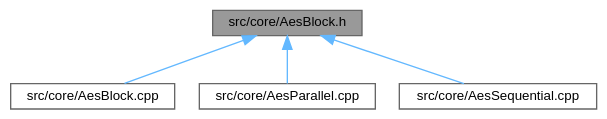
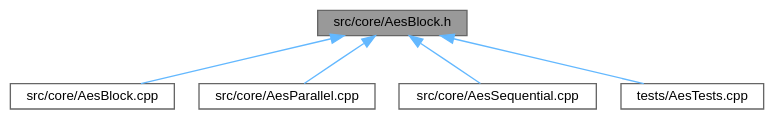
Before and after one commit to wwerniss/aes-encryptor: the diagram in AesBlock_8h__dep__incl.dot, drawn with Graphviz. The commit also changed 65 other files, not shown here.

```diff
--- a/AesBlock_8h__dep__incl.dot
+++ b/AesBlock_8h__dep__incl.dot
@@ -1,14 +1,16 @@
 digraph "src/core/AesBlock.h"
 {
  // LATEX_PDF_SIZE
   bgcolor="transparent";
   edge [fontname=Helvetica,fontsize=10,labelfontname=Helvetica,labelfontsize=10];
   node [fontname=Helvetica,fontsize=10,shape=box,height=0.2,width=0.4];
   Node1 [id="Node000001",label="src/core/AesBlock.h",height=0.2,width=0.4,color="gray40", fillcolor="grey60", style="filled", fontcolor="black",tooltip=" "];
   Node1 -> Node2 [id="edge1_Node000001_Node000002",dir="back",color="steelblue1",style="solid",tooltip=" "];
   Node2 [id="Node000002",label="src/core/AesBlock.cpp",height=0.2,width=0.4,color="grey40", fillcolor="white", style="filled",URL="$AesBlock_8cpp.html",tooltip=" "];
   Node1 -> Node3 [id="edge2_Node000001_Node000003",dir="back",color="steelblue1",style="solid",tooltip=" "];
   Node3 [id="Node000003",label="src/core/AesParallel.cpp",height=0.2,width=0.4,color="grey40", fillcolor="white", style="filled",URL="$AesParallel_8cpp.html",tooltip=" "];
   Node1 -> Node4 [id="edge3_Node000001_Node000004",dir="back",color="steelblue1",style="solid",tooltip=" "];
   Node4 [id="Node000004",label="src/core/AesSequential.cpp",height=0.2,width=0.4,color="grey40", fillcolor="white", style="filled",URL="$AesSequential_8cpp.html",tooltip=" "];
+  Node1 -> Node5 [id="edge4_Node000001_Node000005",dir="back",color="steelblue1",style="solid",tooltip=" "];
+  Node5 [id="Node000005",label="tests/AesTests.cpp",height=0.2,width=0.4,color="grey40", fillcolor="white", style="filled",URL="$AesTests_8cpp.html",tooltip=" "];
 }
```
